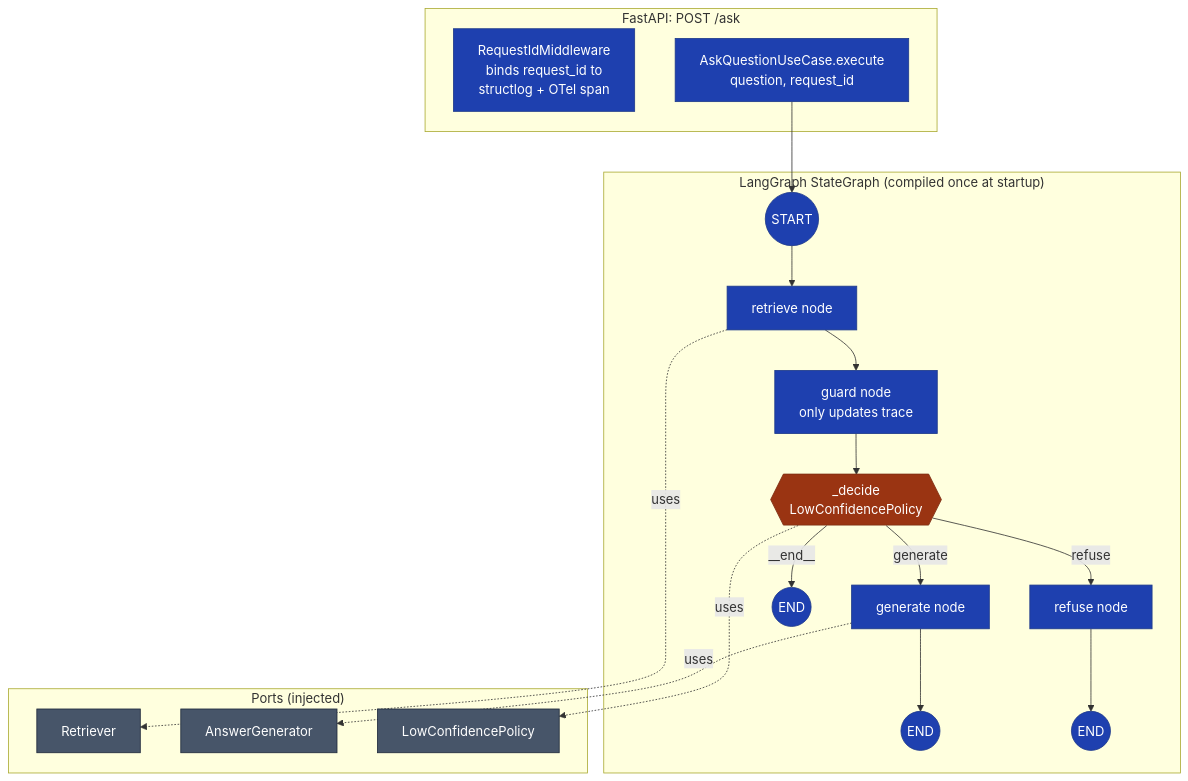
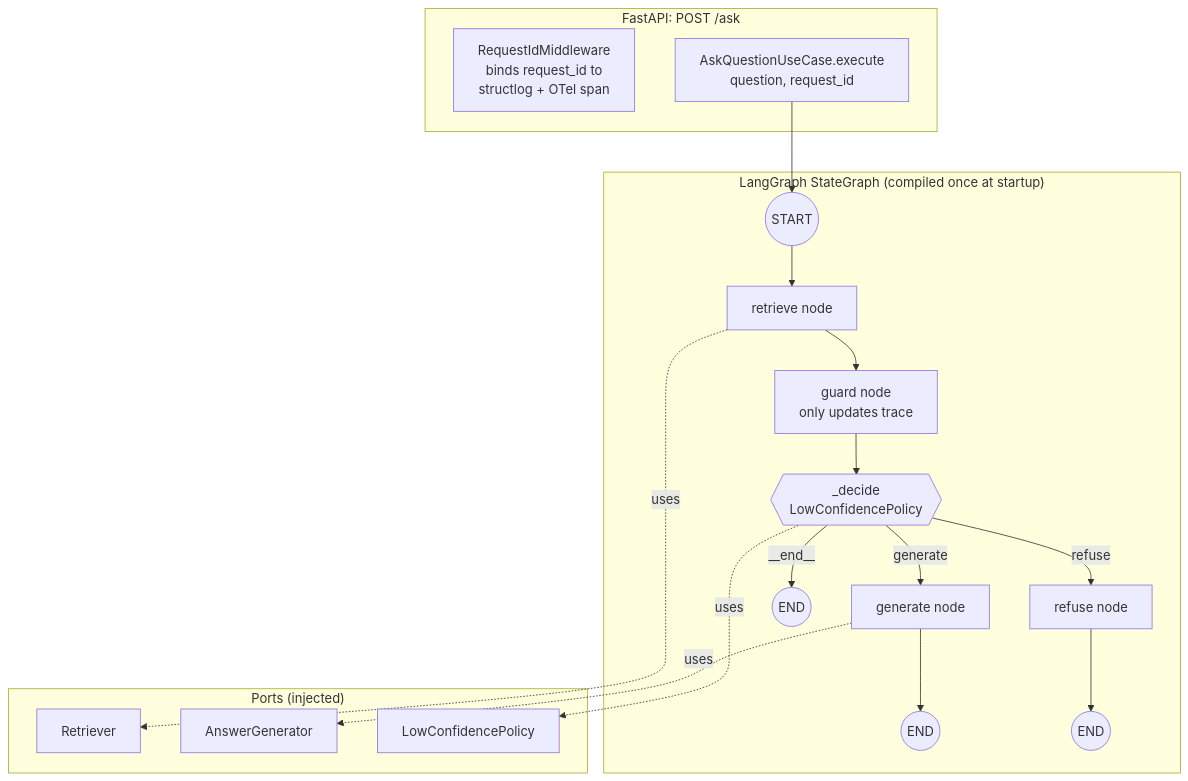
One commit to bruj0/support-agent changed the diagram in docs/c4/4-deep-dive-answering.md. Above: the diagram before and after it, drawn with Mermaid. The commit also changed other lines of this file and 11 other files, not shown here.

First line of the commit message:
fix(docs): revert all Mermaid classDef overrides; use default theme

````diff
--- a/docs/c4/4-deep-dive-answering.md
+++ b/docs/c4/4-deep-dive-answering.md
@@ -10,36 +10,30 @@
 ```mermaid
 flowchart TD
     subgraph API["FastAPI: POST /ask"]
         MW[RequestIdMiddleware<br/>binds request_id to<br/>structlog + OTel span]
         USE[AskQuestionUseCase.execute<br/>question, request_id]
     end
 
     subgraph GRAPH["LangGraph StateGraph (compiled once at startup)"]
         START((START)) --> RET[retrieve node]
         RET --> GUARD[guard node<br/>only updates trace]
         GUARD --> EDGE{{_decide<br/>LowConfidencePolicy}}
         EDGE -->|"generate"| GEN[generate node]
         EDGE -->|"refuse"| REF[refuse node]
         EDGE -->|"__end__"| END0((END))
         GEN --> END1((END))
         REF --> END2((END))
     end
 
     subgraph PORTS["Ports (injected)"]
         RETR[Retriever]
         GEN2[AnswerGenerator]
         POL[LowConfidencePolicy]
     end
 
     USE --> START
     RET -.uses.-> RETR
     GEN -.uses.-> GEN2
     EDGE -.uses.-> POL
 
-    classDef node fill:#1e40af,stroke:#1e3a8a,color:#ffffff;
-    classDef edge fill:#9a3412,stroke:#7c2d12,color:#ffffff;
-    classDef ext fill:#475569,stroke:#1e293b,color:#ffffff;
-    class RET,GUARD,GEN,REF node;
-    class EDGE edge;
-    class RETR,GEN2,POL ext;
 ```
````
